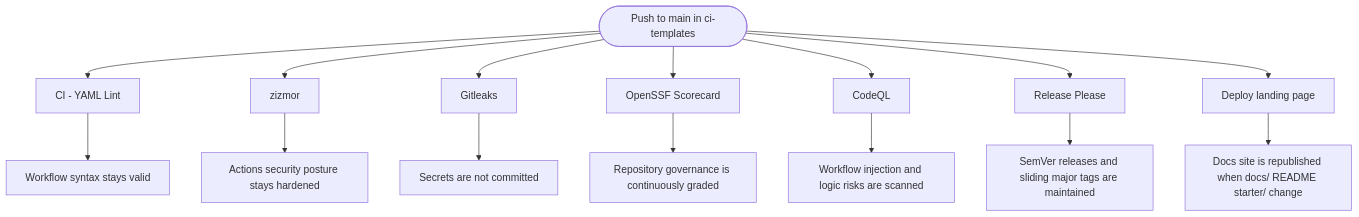
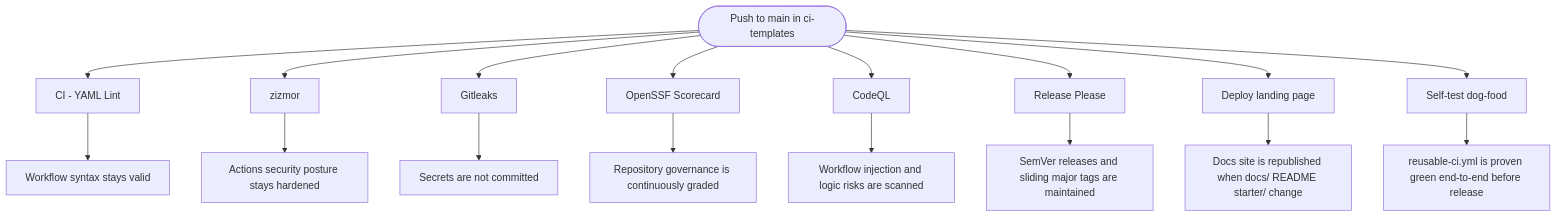
The second of 2 diagrams in README.md (2029193370/ci-templates), drawn with Mermaid before and after one commit. The commit also changed other lines of this file and 7 other files, not shown here.

First line of the commit message:
feat(ci): dog-food reusable-ci.yml via selftest workflow and node fixture

````diff
--- a/README.md
+++ b/README.md
@@ -413,18 +413,20 @@
 ```mermaid
 flowchart TB
     A([Push to main in ci-templates]) --> B[CI - YAML Lint]
     A --> C[zizmor]
     A --> D[Gitleaks]
     A --> E[OpenSSF Scorecard]
     A --> F[CodeQL]
     A --> G[Release Please]
     A --> H[Deploy landing page]
+    A --> P[Self-test dog-food]
 
     B --> I[Workflow syntax stays valid]
     C --> J[Actions security posture stays hardened]
     D --> K[Secrets are not committed]
     E --> L[Repository governance is continuously graded]
     F --> M[Workflow injection and logic risks are scanned]
     G --> N[SemVer releases and sliding major tags are maintained]
     H --> O[Docs site is republished when docs/ README starter/ change]
+    P --> Q[reusable-ci.yml is proven green end-to-end before release]
 ```
````
